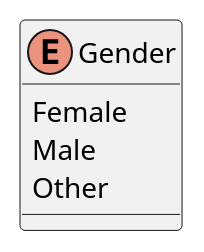
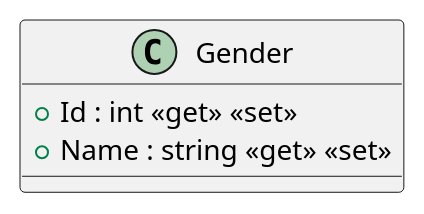
One commit to ISII2627Erasmus/Barca changed the diagram in src/AppForSEII.API/ClassDiagram/Gender.puml. Above: the diagram before and after it, drawn with PlantUML. The commit also changed 14 other files, not shown here.

Commit message:
Modify PurchaseStatus class and add class diagram files

```diff
--- a/src/AppForSEII.API/ClassDiagram/Gender.puml
+++ b/src/AppForSEII.API/ClassDiagram/Gender.puml
@@ -1,7 +1,6 @@
 @startuml
-enum Gender {
-    Female
-    Male
-    Other
+class Gender {
+    + Id : int <<get>> <<set>>
+    + Name : string <<get>> <<set>>
 }
 @enduml
```
